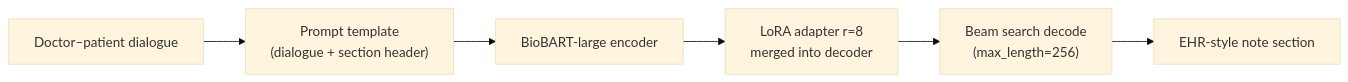
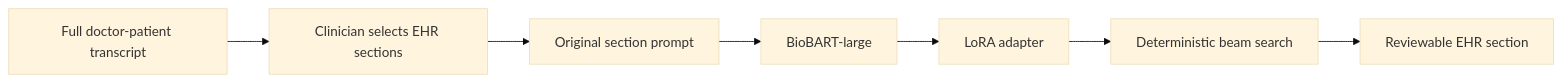
One commit to jonleed/Medical-Dialogue-Summary changed the diagram in README.md. Above: the diagram before and after it, drawn with Mermaid (base theme). The commit also changed other lines of this file, not shown here.

Commit message:
docs: reconstruct README for BioBART clinical note app

````diff
--- a/README.md
+++ b/README.md
@@ -91,8 +127,9 @@
 ```mermaid
 graph LR
-    A["Doctor–patient dialogue"] --> B["Prompt template<br/>(dialogue + section header)"]
-    B --> C["BioBART-large encoder"]
-    C --> D["LoRA adapter r=8<br/>merged into decoder"]
-    D --> E["Beam search decode<br/>(max_length=256)"]
-    E --> F["EHR-style note section"]
+    A["Full doctor-patient transcript"] --> B["Clinician selects EHR sections"]
+    B --> C["Original section prompt"]
+    C --> D["BioBART-large"]
+    D --> E["LoRA adapter"]
+    E --> F["Deterministic beam search"]
+    F --> G["Reviewable EHR section"]
 ```
````
